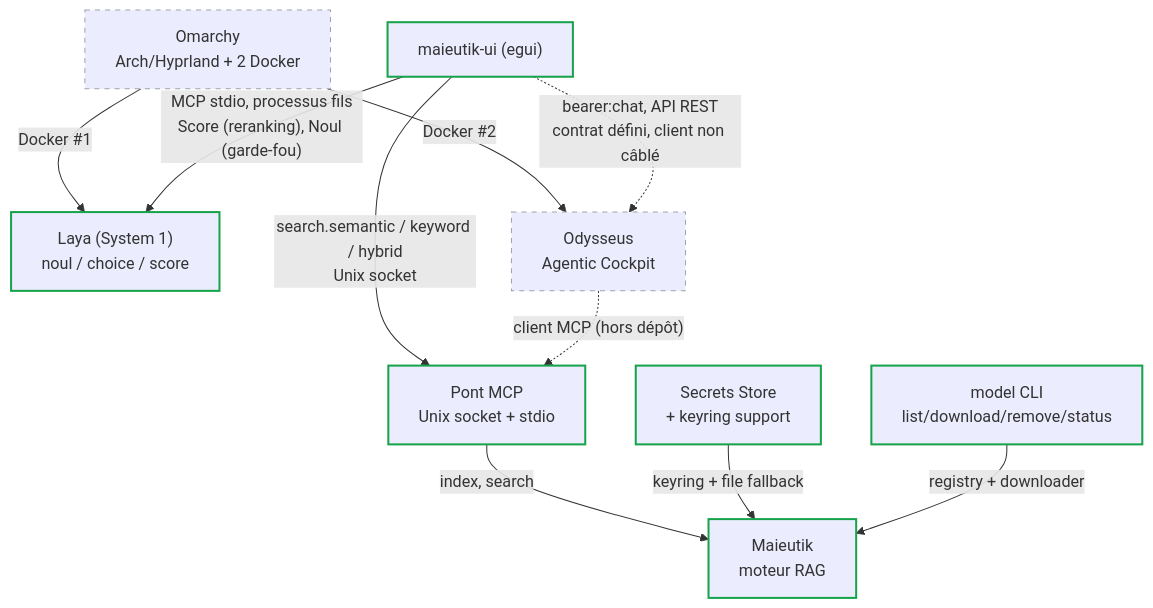
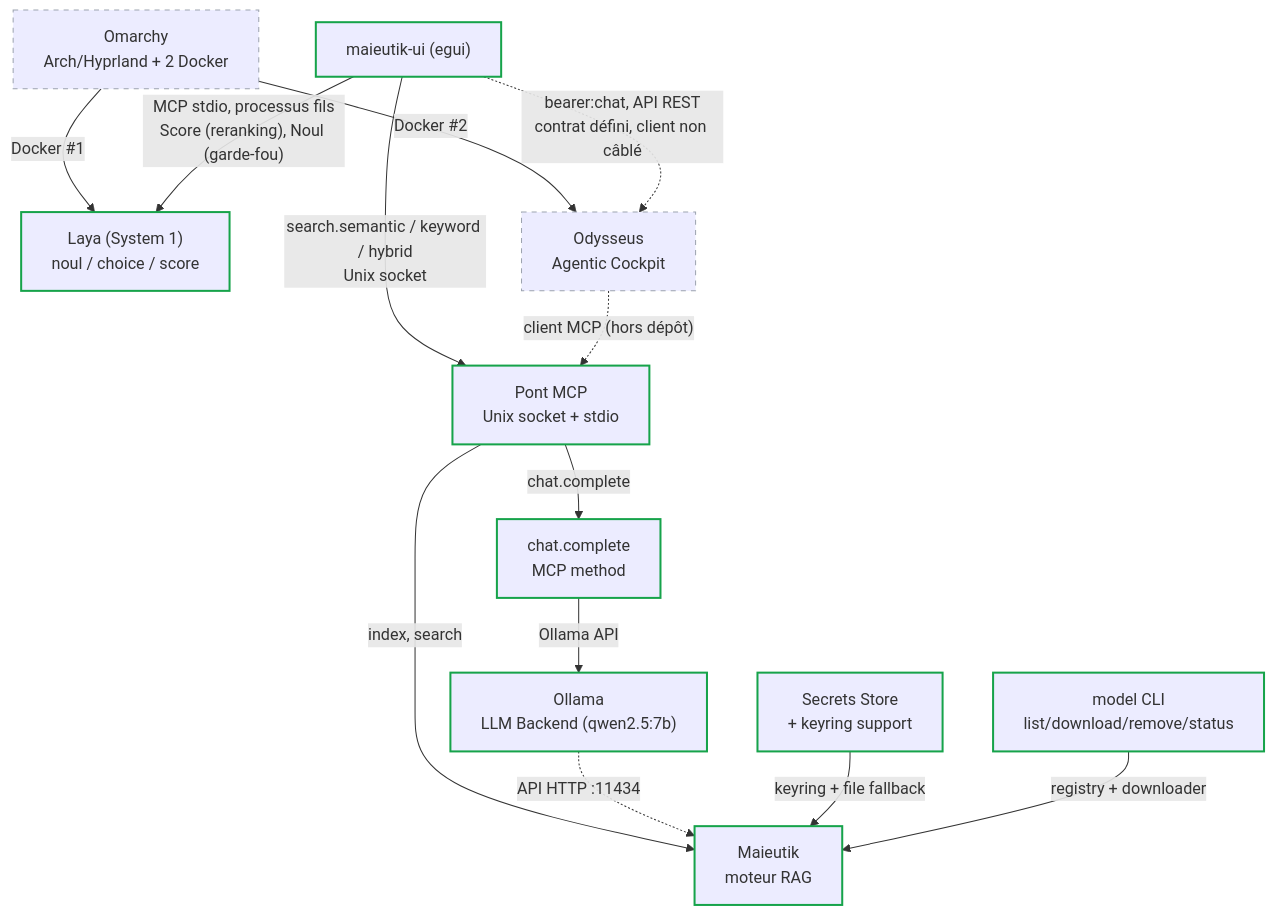
One commit to chelmooz/maieutik changed the diagram in README.md. Above: the diagram before and after it, drawn with Mermaid. The commit also changed other lines of this file and 4 other files, not shown here.

First line of the commit message:
feat: Complete P3 LLM integration with Ollama backend

````diff
--- a/README.md
+++ b/README.md
@@ -52,32 +53,39 @@
 ```mermaid
 flowchart TD
     %% Core components
     Omarchy["Omarchy<br/>Arch/Hyprland + 2 Docker"]
     Laya["Laya (System 1)<br/>noul / choice / score"]
     Odysseus["Odysseus<br/>Agentic Cockpit"]
     Maieutik["Maieutik<br/>moteur RAG"]
     MCP["Pont MCP<br/>Unix socket + stdio"]
     UI["maieutik-ui (egui)"]
     
     %% P0 Additions
     SecretsStore["Secrets Store<br/>+ keyring support"]
     ModelCLI["model CLI<br/>list/download/remove/status"]
     
+    %% P3 Additions
+    Ollama["Ollama<br/>LLM Backend (qwen2.5:7b)"]
+    ChatModule["chat.complete<br/>MCP method"]
+    
     %% Connections
     Omarchy -->|"Docker #1"| Laya
     Omarchy -->|"Docker #2"| Odysseus
     UI -->|"MCP stdio, processus fils<br/>Score (reranking), Noul (garde-fou)"| Laya
     UI -->|"search.semantic / keyword / hybrid<br/>Unix socket"| MCP
     MCP -->|"index, search"| Maieutik
+    MCP -->|"chat.complete"| ChatModule
+    ChatModule -->|"Ollama API"| Ollama
+    Ollama -.->|"API HTTP :11434"| Maieutik
     Odysseus -.->|"client MCP (hors dépôt)"| MCP
     UI -.->|"bearer:chat, API REST<br/>contrat défini, client non câblé"| Odysseus
     
     %% P0 connections (wired)
     SecretsStore -->|"keyring + file fallback"| Maieutik
     ModelCLI -->|"registry + downloader"| Maieutik
     
     classDef wired stroke:#16a34a,stroke-width:2px;
     classDef planned stroke:#9ca3af,stroke-width:1px,stroke-dasharray: 5 5;
-    class Maieutik,MCP,UI,Laya,SecretsStore,ModelCLI wired;
+    class Maieutik,MCP,UI,Laya,SecretsStore,ModelCLI,ChatModule,Ollama wired;
     class Odysseus,Omarchy planned;
 ```
````
